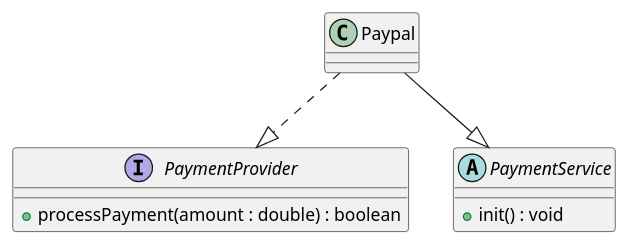
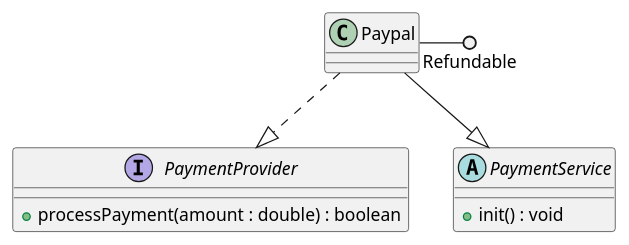
The fourth of 10 diagrams in skills/diagrammer/specs/plantuml/plantuml_class.md (hgrabows/diagrammer-skills), drawn with PlantUML before and after one commit. The commit also changed other lines of this file and 127 other files, not shown here.

First line of the commit message:
feat: audit all specs, add example gallery, fix PlantUML and Gantt rendering

````diff
--- a/skills/diagrammer/specs/plantuml/plantuml_class.md
+++ b/skills/diagrammer/specs/plantuml/plantuml_class.md
@@ -142,15 +144,16 @@
 ```plantuml
 @startuml
 interface PaymentProvider {
   +processPayment(amount : double) : boolean
 }
 
 abstract class PaymentService {
   +init() : void
 }
 
 class Paypal
 Paypal ..|> PaymentProvider
 Paypal --|> PaymentService
+Paypal -() Refundable
 @enduml
 ```
````
